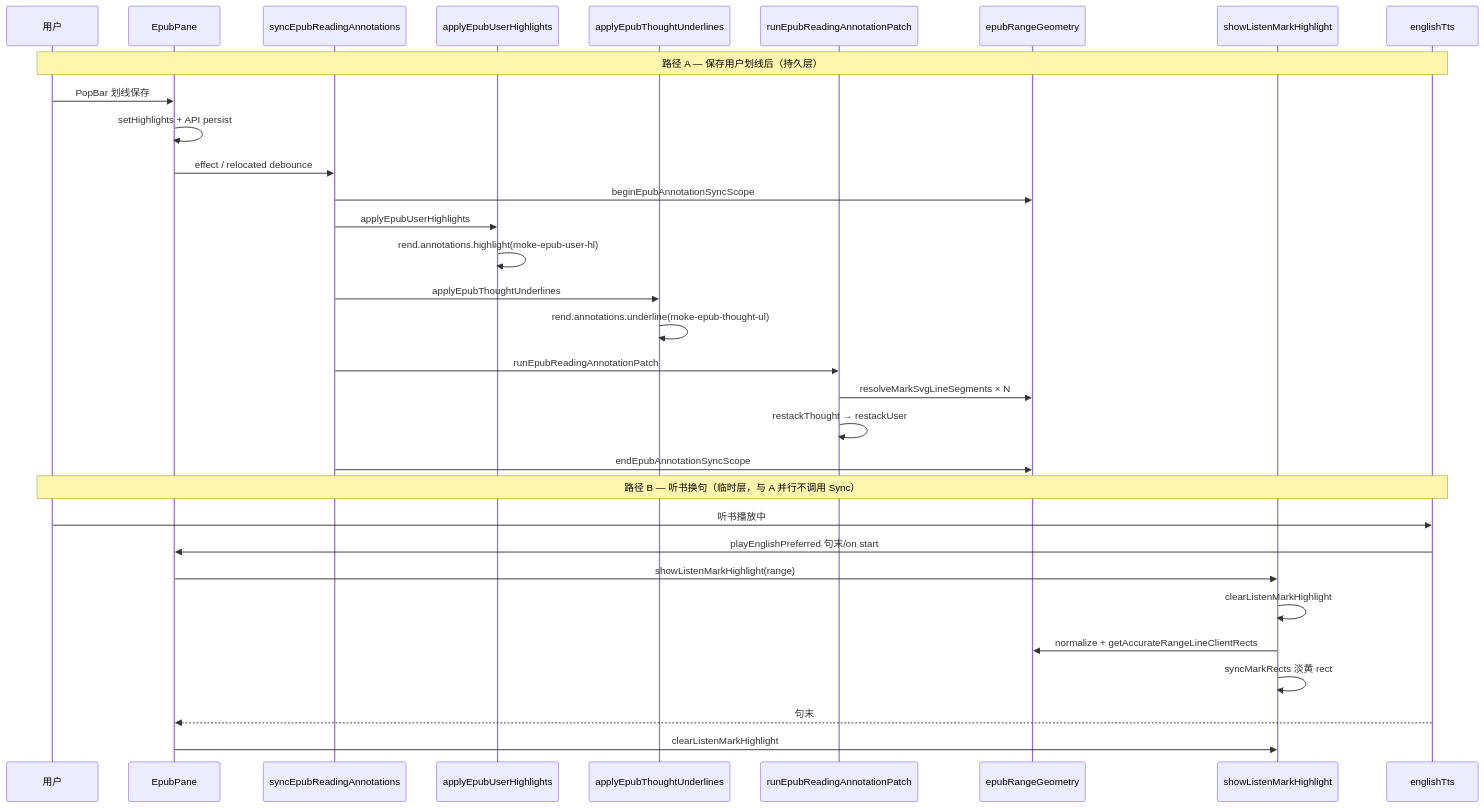
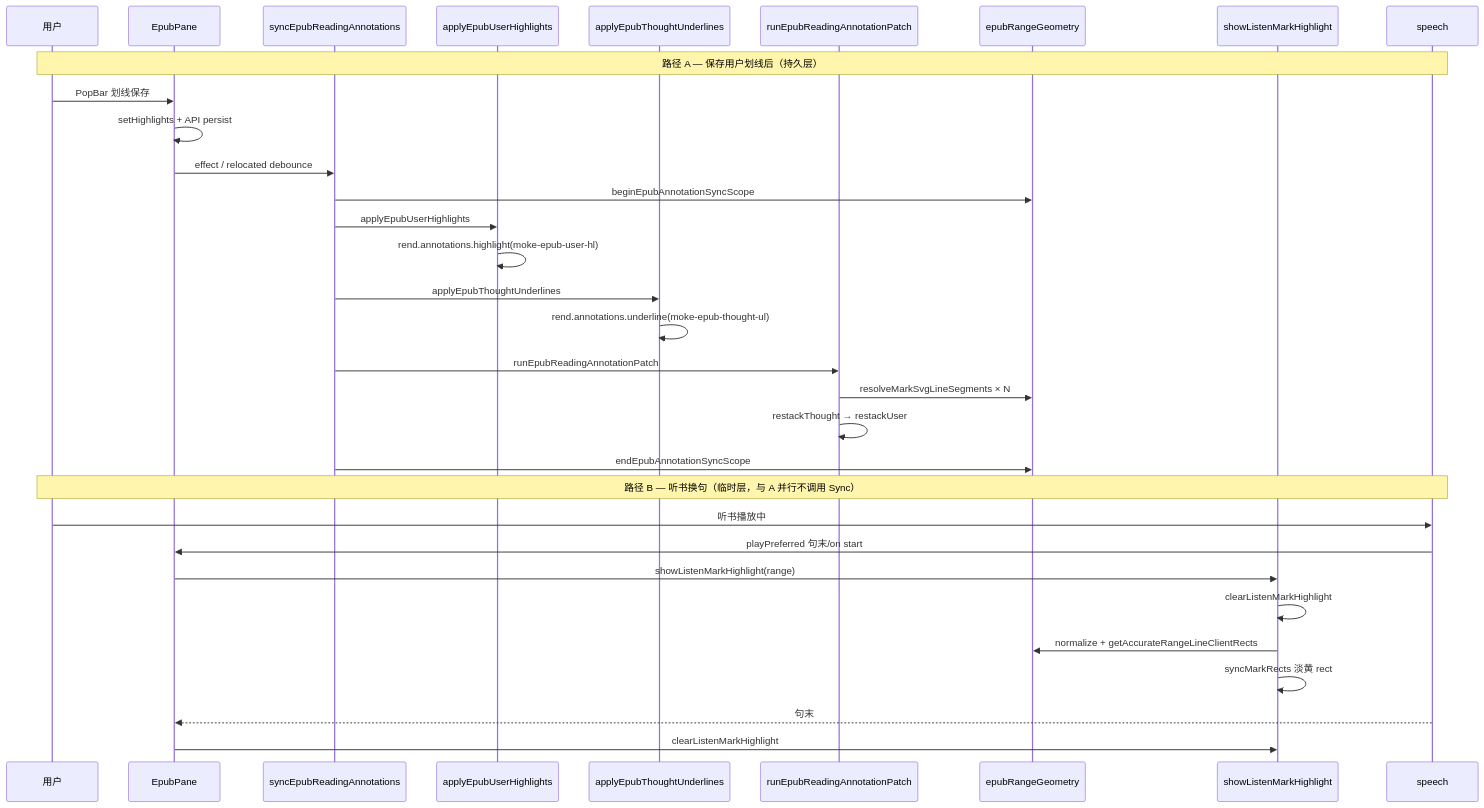
One commit to dnhyxc/dnhyxc-ai changed the third of 4 diagrams in docs/ideas/epub-mark-layers.md. Above: the diagram before and after it, drawn with Mermaid. The commit also changed 111 other files, not shown here.

````diff
--- a/docs/ideas/epub-mark-layers.md
+++ b/docs/ideas/epub-mark-layers.md
@@ -226,38 +226,38 @@
 ```mermaid
 sequenceDiagram
   participant U as 用户
   participant Pane as EpubPane
   participant Sync as syncEpubReadingAnnotations
   participant User as applyEpubUserHighlights
   participant Thought as applyEpubThoughtUnderlines
   participant Patch as runEpubReadingAnnotationPatch
   participant Geo as epubRangeGeometry
   participant Listen as showListenMarkHighlight
-  participant TTS as englishTts
+  participant TTS as speech
 
   Note over U,TTS: 路径 A — 保存用户划线后（持久层）
 
   U->>Pane: PopBar 划线保存
   Pane->>Pane: setHighlights + API persist
   Pane->>Sync: effect / relocated debounce
   Sync->>Geo: beginEpubAnnotationSyncScope
   Sync->>User: applyEpubUserHighlights
   User->>User: rend.annotations.highlight(moke-epub-user-hl)
   Sync->>Thought: applyEpubThoughtUnderlines
   Thought->>Thought: rend.annotations.underline(moke-epub-thought-ul)
   Sync->>Patch: runEpubReadingAnnotationPatch
   Patch->>Geo: resolveMarkSvgLineSegments × N
   Patch->>Patch: restackThought → restackUser
   Sync->>Geo: endEpubAnnotationSyncScope
 
   Note over U,TTS: 路径 B — 听书换句（临时层，与 A 并行不调用 Sync）
 
   U->>TTS: 听书播放中
-  TTS->>Pane: playEnglishPreferred 句末/on start
+  TTS->>Pane: playPreferred 句末/on start
   Pane->>Listen: showListenMarkHighlight(range)
   Listen->>Listen: clearListenMarkHighlight
   Listen->>Geo: normalize + getAccurateRangeLineClientRects
   Listen->>Listen: syncMarkRects 淡黄 rect
   TTS-->>Pane: 句末
   Pane->>Listen: clearListenMarkHighlight
 ```
````
